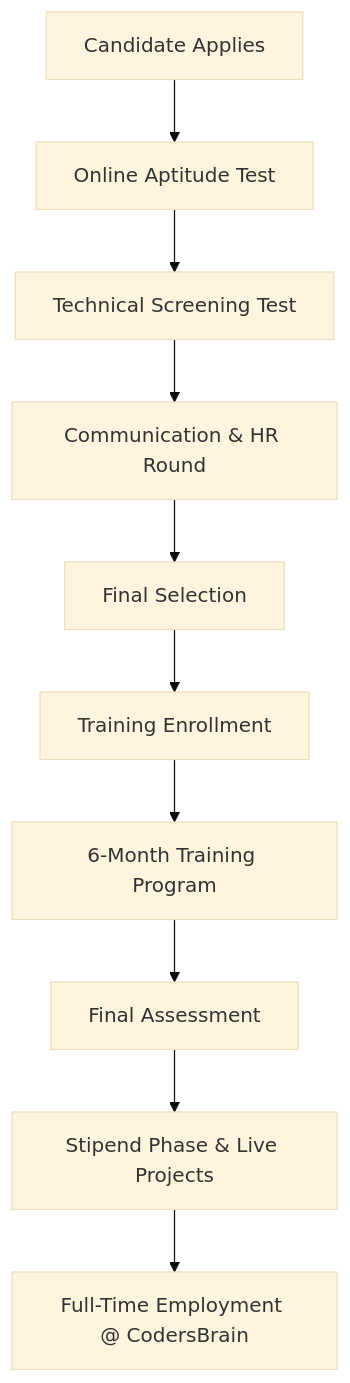
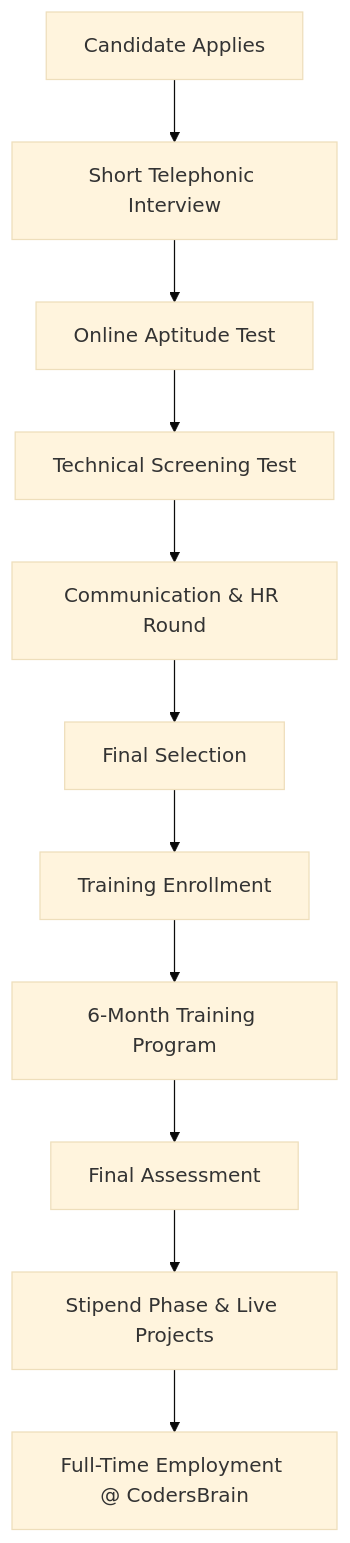
Before and after one commit to rohitgirgiri879/codersbrain: the first of 3 diagrams in README.md, drawn with Mermaid (base theme). The commit also changed other lines of this file, not shown here.

````diff
--- a/README.md
+++ b/README.md
@@ -5,12 +5,13 @@
 ```mermaid
 graph TD;
-    A[Candidate Applies] --> B[Online Aptitude Test];
+    A[Candidate Applies] --> A1[Short Telephonic Interview];
+    A1 --> B[Online Aptitude Test];
     B --> C[Technical Screening Test];
     C --> D[Communication & HR Round];
     D --> E[Final Selection];
     E --> F[Training Enrollment];
     F --> G[6-Month Training Program];
     G --> H[Final Assessment];
     H --> I[Stipend Phase & Live Projects];
     I --> J[Full-Time Employment @ CodersBrain];
 ```
````
